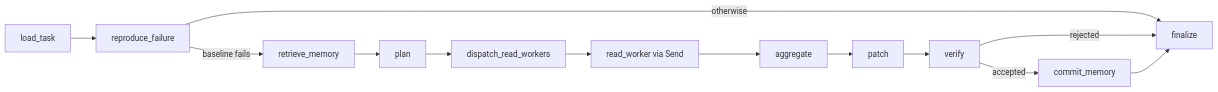
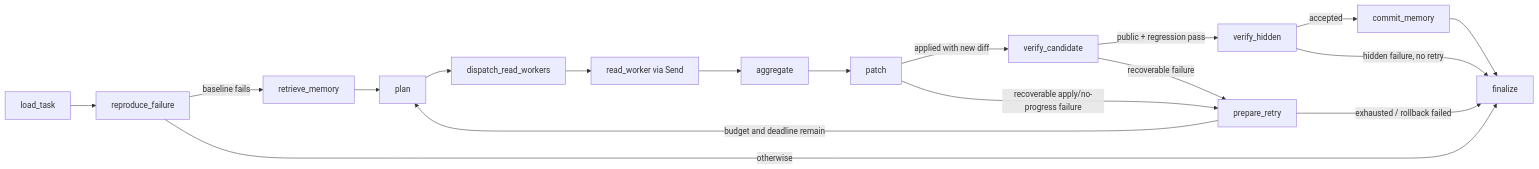
Before and after one commit to surprise0806/BoundaryRepro: the diagram in README.md, drawn with Mermaid. The commit also changed other lines of this file and 17 other files, not shown here.

````diff
--- a/README.md
+++ b/README.md
@@ -24,15 +25,20 @@
 ```mermaid
 flowchart LR
     A["load_task"] --> B["reproduce_failure"]
     B -->|baseline fails| C["retrieve_memory"]
     B -->|otherwise| K["finalize"]
     C --> D["plan"]
     D --> E["dispatch_read_workers"]
     E --> F["read_worker via Send"]
     F --> G["aggregate"]
     G --> H["patch"]
-    H --> I["verify"]
-    I -->|accepted| J["commit_memory"]
-    I -->|rejected| K
+    H -->|applied with new diff| I["verify_candidate"]
+    H -->|recoverable apply/no-progress failure| R["prepare_retry"]
+    I -->|public + regression pass| V["verify_hidden"]
+    I -->|recoverable failure| R
+    R -->|budget and deadline remain| D
+    R -->|exhausted / rollback failed| K
+    V -->|accepted| J["commit_memory"]
+    V -->|hidden failure, no retry| K
     J --> K
 ```
````
